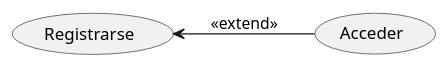
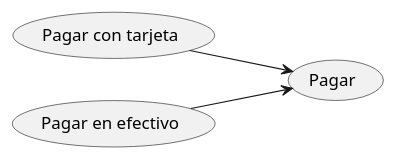
Before and after one commit to DanielMiralles12/ClasesDeUso: the diagram in src/ClasesDeUso.puml, drawn with PlantUML.

Commit message:
Creacion primera Generalizacion

```diff
--- a/src/ClasesDeUso.puml
+++ b/src/ClasesDeUso.puml
@@ -1,7 +1,9 @@
 @startuml
 left to right direction
-"Acceder" as (cliente)
-"Registrarse" as (resgistro)
+"Pagar" as (pagar)
+"Pagar con tarjeta" as (tarjeta)
+"Pagar en efectivo" as (efectivo)
 
-(resgistro) <-- (cliente) : <<extend>>
+(tarjeta) --> (pagar)
+(efectivo) --> (pagar)
 @enduml
```
